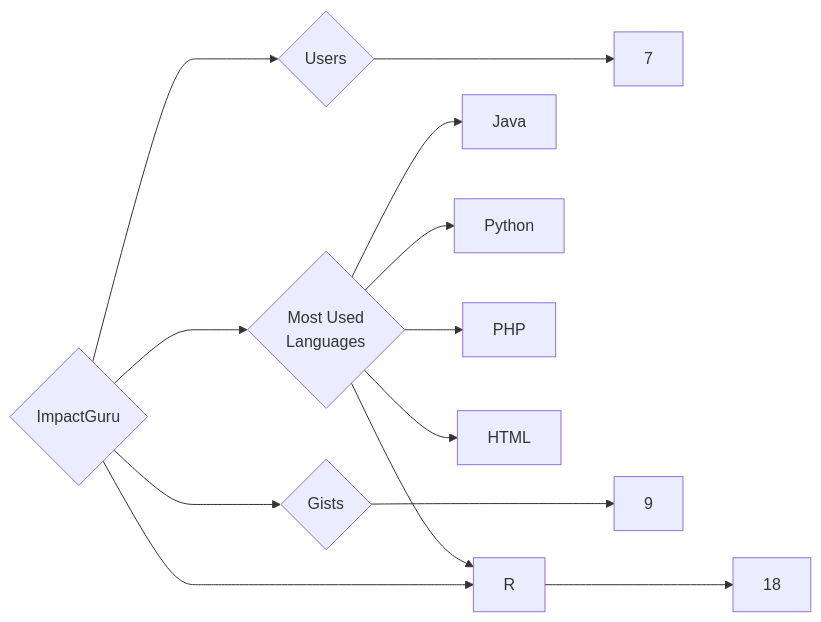
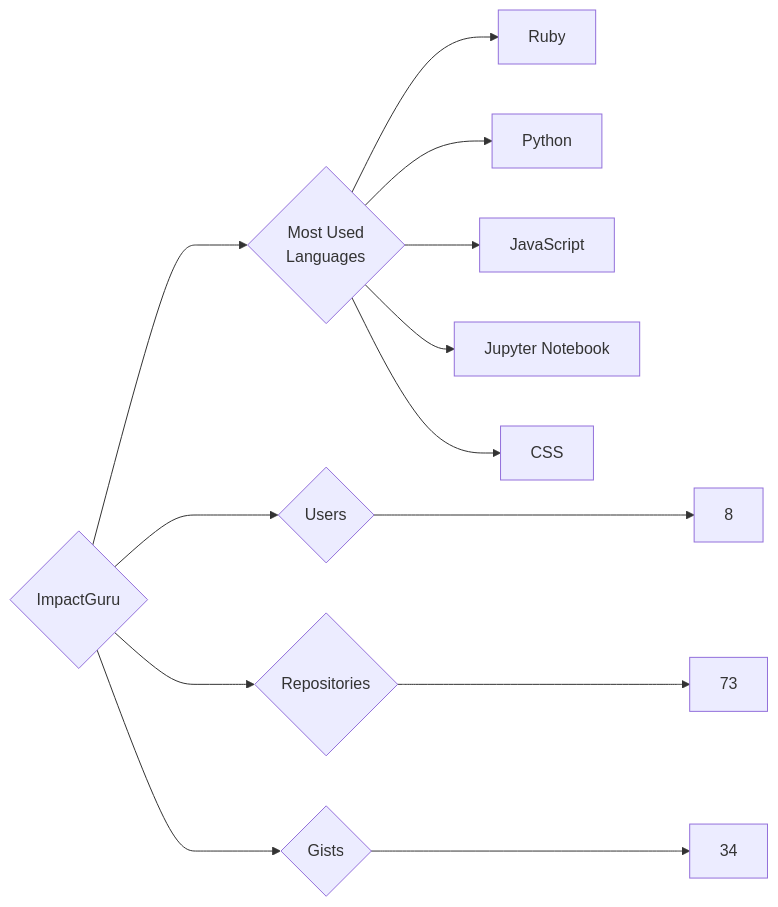
One commit to trickest/insiders changed the diagram in targets/ImpactGuru/README.md. Above: the diagram before and after it, drawn with Mermaid. The commit also changed 681 other files, not shown here.

````diff
--- a/targets/ImpactGuru/README.md
+++ b/targets/ImpactGuru/README.md
@@ -3,13 +3,13 @@
 ```mermaid
 graph LR
 COMPANY_NAME{ImpactGuru}
-COMPANY_NAME ---> U{Users} ---> UN[7]
-COMPANY_NAME ---> R{Repositories} ---> RN[18]
-COMPANY_NAME ---> G{Gists} ---> GN[9]
+COMPANY_NAME ---> U{Users} ---> UN[8]
+COMPANY_NAME ---> R{Repositories} ---> RN[73]
+COMPANY_NAME ---> G{Gists} ---> GN[34]
 COMPANY_NAME ---> ML{Most Used<br>Languages}
-ML --> Java[Java]
+ML --> Ruby[Ruby]
 ML --> Python[Python]
-ML --> PHP[PHP]
-ML --> HTML[HTML]
-ML --> R[R]
+ML --> JavaScript[JavaScript]
+ML --> Jupyter_Notebook[Jupyter Notebook]
+ML --> CSS[CSS]
 ```
````
